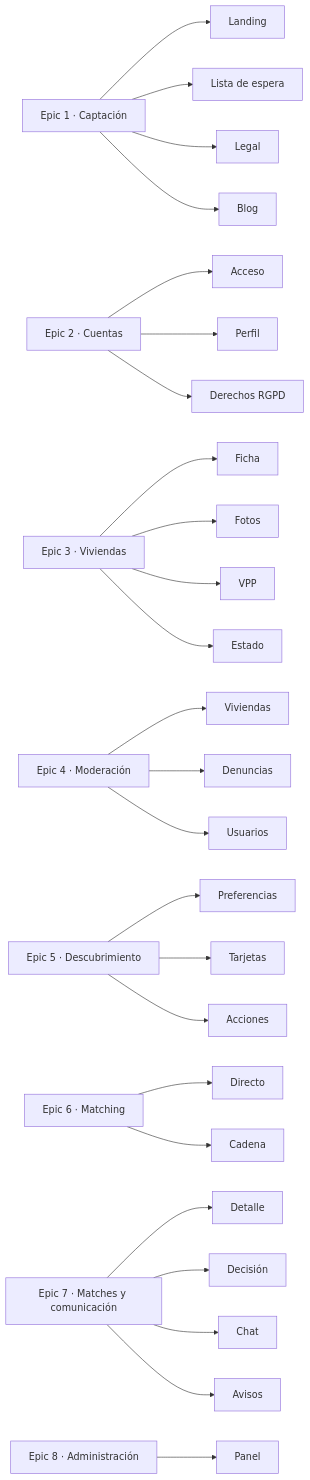
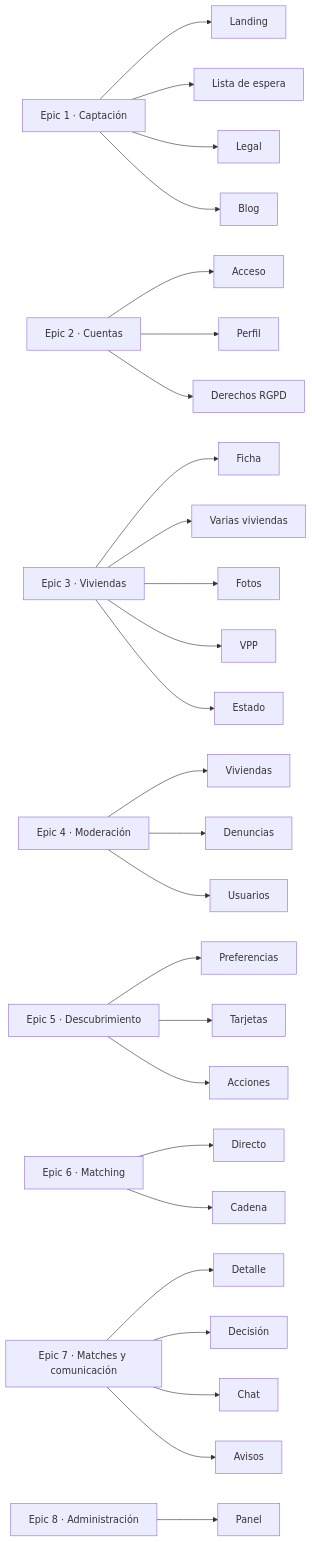
Before and after one commit to lcasadov/ChangeHouse: the first of 2 diagrams in docs/backlog.md, drawn with Mermaid. The commit also changed other lines of this file and 11 other files, not shown here.

````diff
--- a/docs/backlog.md
+++ b/docs/backlog.md
@@ -346,11 +356,11 @@
 ```mermaid
 flowchart LR
     E1[Epic 1 · Captación] --> E1a[Landing] & E1b[Lista de espera] & E1c[Legal] & E1d[Blog]
     E2[Epic 2 · Cuentas] --> E2a[Acceso] & E2b[Perfil] & E2c[Derechos RGPD]
-    E3[Epic 3 · Viviendas] --> E3a[Ficha] & E3b[Fotos] & E3c[VPP] & E3d[Estado]
+    E3[Epic 3 · Viviendas] --> E3a[Ficha] & E3e[Varias viviendas] & E3b[Fotos] & E3c[VPP] & E3d[Estado]
     E4[Epic 4 · Moderación] --> E4a[Viviendas] & E4b[Denuncias] & E4c[Usuarios]
     E5[Epic 5 · Descubrimiento] --> E5a[Preferencias] & E5b[Tarjetas] & E5c[Acciones]
     E6[Epic 6 · Matching] --> E6a[Directo] & E6b[Cadena]
     E7[Epic 7 · Matches y comunicación] --> E7a[Detalle] & E7b[Decisión] & E7c[Chat] & E7d[Avisos]
     E8[Epic 8 · Administración] --> E8a[Panel]
 ```
````
